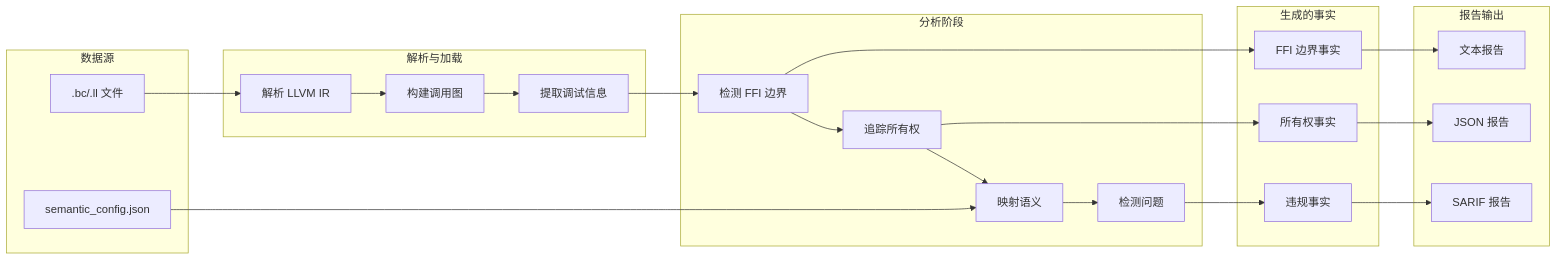
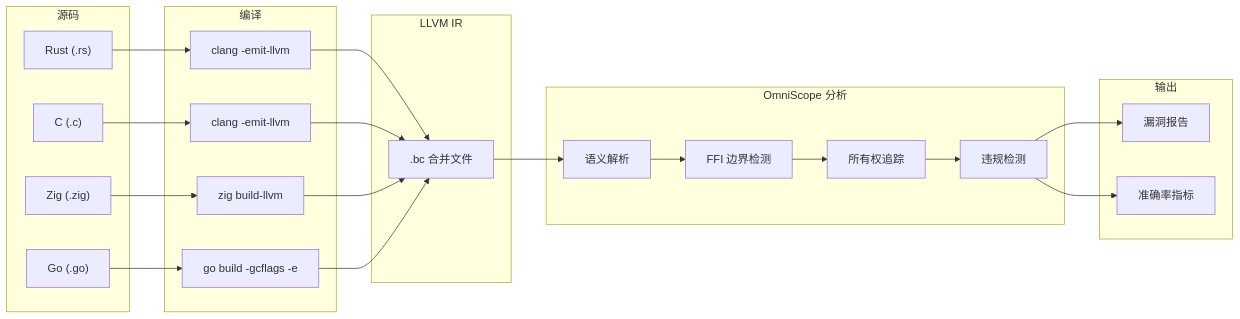
One commit to Timwood0x10/OmniScope changed the third of 4 diagrams in README_zh.md. Above: the diagram before and after it, drawn with Mermaid. The commit also changed other lines of this file and 9 other files, not shown here.

````diff
--- a/README_zh.md
+++ b/README_zh.md
@@ -169,47 +165,44 @@
 ```mermaid
 flowchart LR
-    subgraph Source["数据源"]
-        BC[".bc/.ll 文件"]
-        CFG["semantic_config.json"]
+    subgraph Source["源码"]
+        Rust["Rust (.rs)"]
+        C["C (.c)"]
+        Zig["Zig (.zig)"]
+        Go["Go (.go)"]
     end
-    
-    subgraph Parse["解析与加载"]
-        P1["解析 LLVM IR"]
-        P2["构建调用图"]
-        P3["提取调试信息"]
+
+    subgraph Compile["编译"]
+        LLVMRust["clang -emit-llvm"]
+        LLVMC["clang -emit-llvm"]
+        LLVMZig["zig build-llvm"]
+        LLVMGo["go build -gcflags -e"]
     end
-    
-    subgraph Analysis["分析阶段"]
-        A1["检测 FFI 边界"]
-        A2["追踪所有权"]
-        A3["映射语义"]
-        A4["检测问题"]
+
+    subgraph IR["LLVM IR"]
+        BC[".bc 合并文件"]
     end
-    
-    subgraph Facts["生成的事实"]
-        F1["FFI 边界事实"]
-        F2["所有权事实"]
-        F3["违规事实"]
+
+    subgraph Analysis["OmniScope 分析"]
+        Parse["语义解析"]
+        Detect["FFI 边界检测"]
+        Track["所有权追踪"]
+        Check["违规检测"]
     end
-    
-    subgraph Report["报告输出"]
-        R1["文本报告"]
-        R2["JSON 报告"]
-        R3["SARIF 报告"]
+
+    subgraph Result["输出"]
+        Report["漏洞报告"]
+        Metrics["准确率指标"]
     end
-    
-    BC --> P1
-    CFG --> A3
-    P1 --> P2
-    P2 --> P3
-    P3 --> A1
-    A1 --> A2
-    A2 --> A3
-    A3 --> A4
-    A1 --> F1
-    A2 --> F2
-    A4 --> F3
-    F1 --> R1
-    F2 --> R2
-    F3 --> R3
+
+    Rust --> LLVMRust
+    C --> LLVMC
+    Zig --> LLVMZig
+    Go --> LLVMGo
+    LLVMRust & LLVMC & LLVMZig & LLVMGo --> BC
+    BC --> Parse
+    Parse --> Detect
+    Detect --> Track
+    Track --> Check
+    Check --> Report
+    Check --> Metrics
 ```
````
